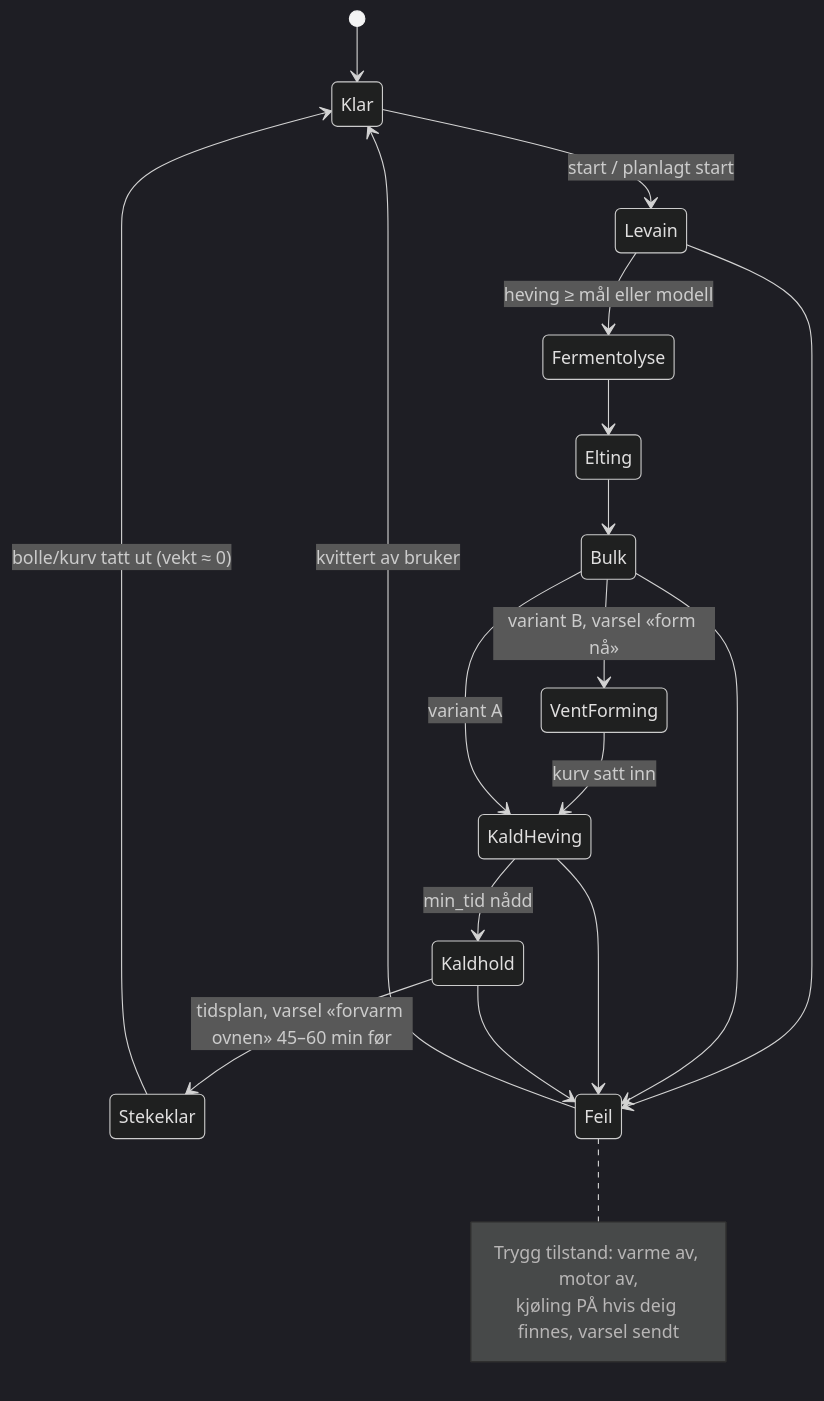
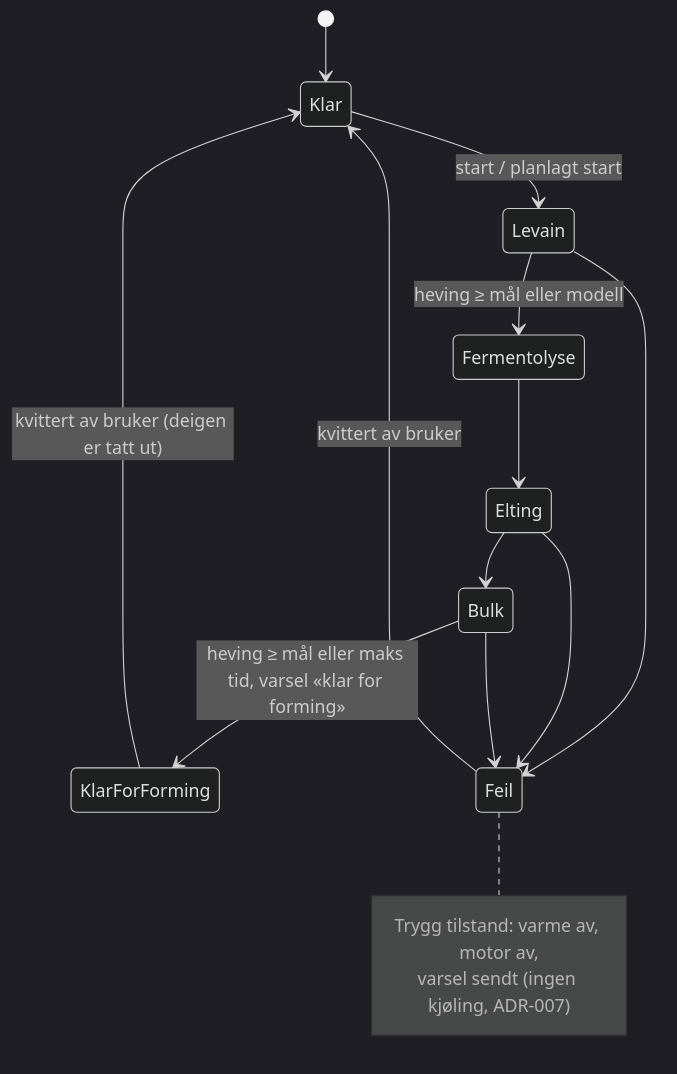
Before and after one commit to erikhafnor/surdeigsbaker: the third of 3 diagrams in docs/07-arkitektur.md, drawn with Mermaid (dark theme). The commit also changed other lines of this file and 106 other files, not shown here.

````diff
--- a/docs/07-arkitektur.md
+++ b/docs/07-arkitektur.md
@@ -119,23 +121,18 @@
 ```mermaid
 stateDiagram-v2
   [*] --> Klar
   Klar --> Levain: start / planlagt start
   Levain --> Fermentolyse: heving ≥ mål eller modell
   Fermentolyse --> Elting
   Elting --> Bulk
-  Bulk --> VentForming: variant B, varsel «form nå»
-  VentForming --> KaldHeving: kurv satt inn
-  Bulk --> KaldHeving: variant A
-  KaldHeving --> Kaldhold: min_tid nådd
-  Kaldhold --> Stekeklar: tidsplan, varsel «forvarm ovnen» 45–60 min før
-  Stekeklar --> Klar: bolle/kurv tatt ut (vekt ≈ 0)
+  Bulk --> KlarForForming: heving ≥ mål eller maks tid, varsel «klar for forming»
+  KlarForForming --> Klar: kvittert av bruker (deigen er tatt ut)
   Levain --> Feil
+  Elting --> Feil
   Bulk --> Feil
-  KaldHeving --> Feil
-  Kaldhold --> Feil
   Feil --> Klar: kvittert av bruker
   note right of Feil
     Trygg tilstand: varme av, motor av,
-    kjøling PÅ hvis deig finnes, varsel sendt
+    varsel sendt (ingen kjøling, ADR-007)
   end note
 ```
````
